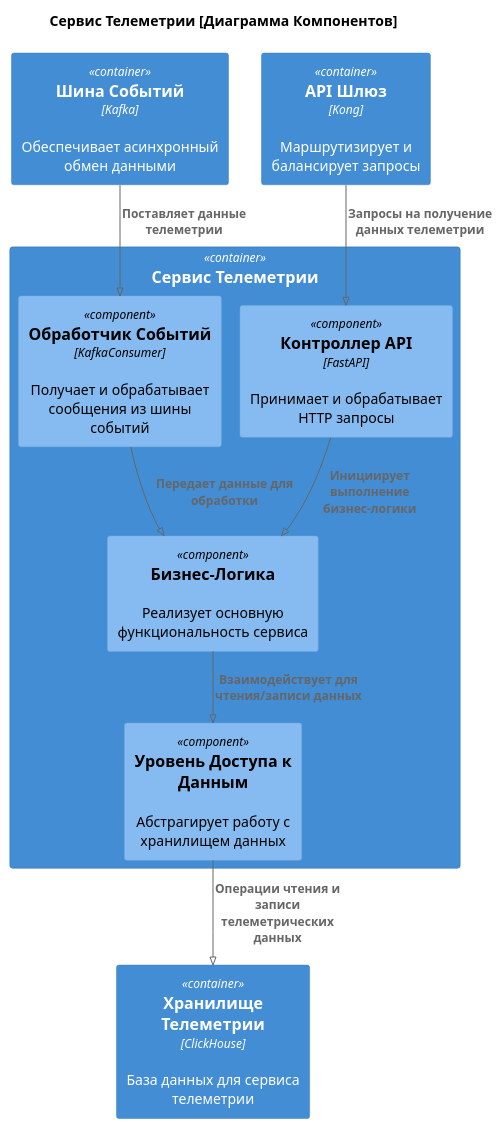
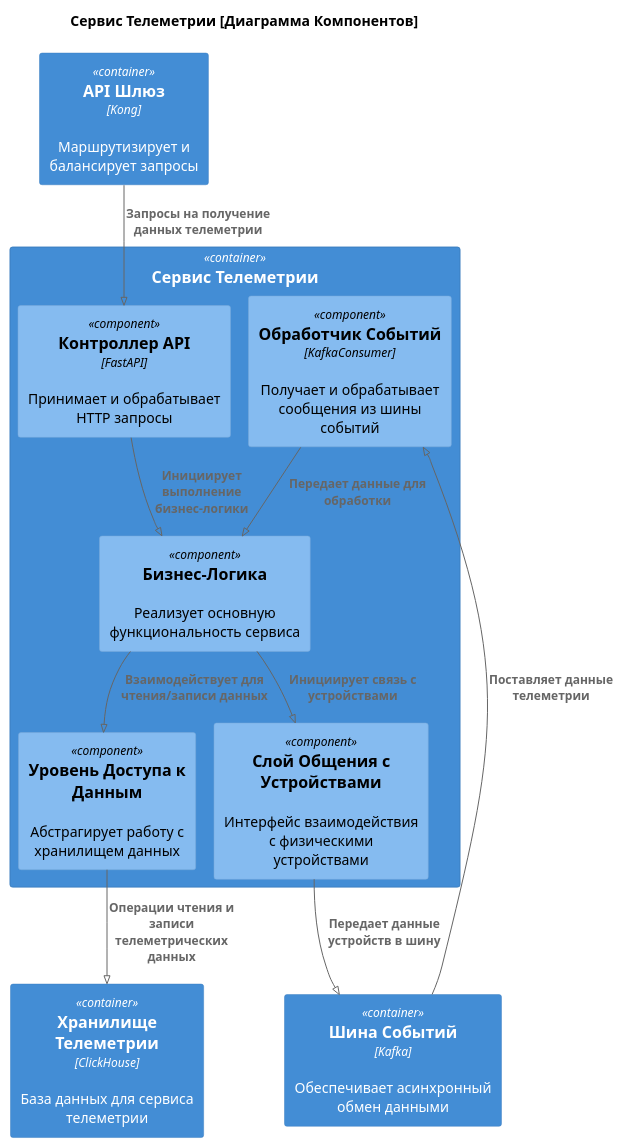
Before and after one commit to aosovskii/architecture-sprint-3: the diagram in docs/components/telemetry_svc.puml, drawn with PlantUML. The commit also changed 6 other files, not shown here.

```diff
--- a/docs/components/telemetry_svc.puml
+++ b/docs/components/telemetry_svc.puml
@@ -1,27 +1,30 @@
 @startuml
 !pragma layout smetana
 !includeurl https://raw.githubusercontent.com/RicardoNiepel/C4-PlantUML/master/C4_Component.puml
 
 title Сервис Телеметрии [Диаграмма Компонентов]
 
 Container(kafka, "Шина Событий", "Kafka", "Обеспечивает асинхронный обмен данными")
 Container(telemetry_database, "Хранилище Телеметрии", "ClickHouse", "База данных для сервиса телеметрии")
 Container(api_gateway, "API Шлюз", "Kong", "Маршрутизирует и балансирует запросы")
 
-Container(telemetry_service, "Сервис Телеметрии"){
+Container(telemetry_service, "Сервис Телеметрии") {
     Component(telemetry_consumer, "Обработчик Событий", "KafkaConsumer", "Получает и обрабатывает сообщения из шины событий")
     Component(telemetry_repository_layer, "Уровень Доступа к Данным", "", "Абстрагирует работу с хранилищем данных")
     Component(telemetry_api, "Контроллер API", "FastAPI", "Принимает и обрабатывает HTTP запросы")
     Component(telemetry_service_layer, "Бизнес-Логика", "", "Реализует основную функциональность сервиса")
+    Component(device_communication_layer, "Слой Общения с Устройствами", "", "Интерфейс взаимодействия с физическими устройствами")
 }
 
 Rel(api_gateway, telemetry_api, "Запросы на получение данных телеметрии")
 Rel(kafka, telemetry_consumer, "Поставляет данные телеметрии")
 
 Rel(telemetry_consumer, telemetry_service_layer, "Передает данные для обработки")
 Rel(telemetry_api, telemetry_service_layer, "Инициирует выполнение бизнес-логики")
 
 Rel(telemetry_service_layer, telemetry_repository_layer, "Взаимодействует для чтения/записи данных")
+Rel(telemetry_service_layer, device_communication_layer, "Инициирует связь с устройствами")
 
 Rel(telemetry_repository_layer, telemetry_database, "Операции чтения и записи телеметрических данных")
+Rel(device_communication_layer, kafka, "Передает данные устройств в шину")
 @enduml
```
